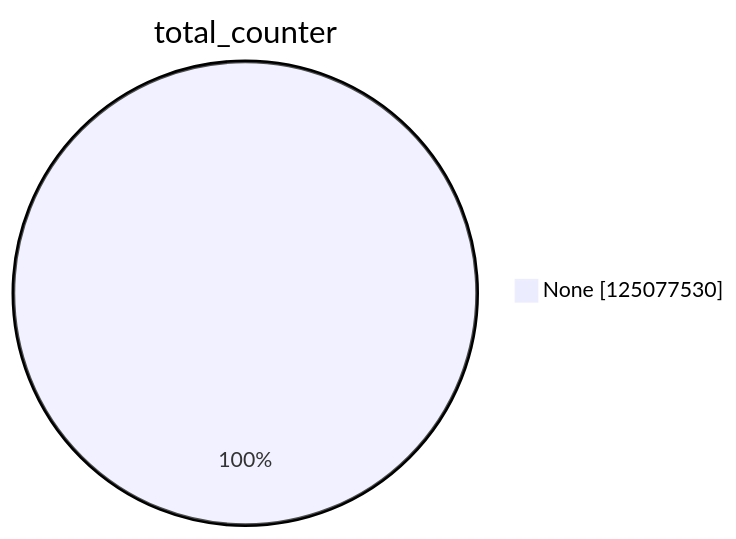
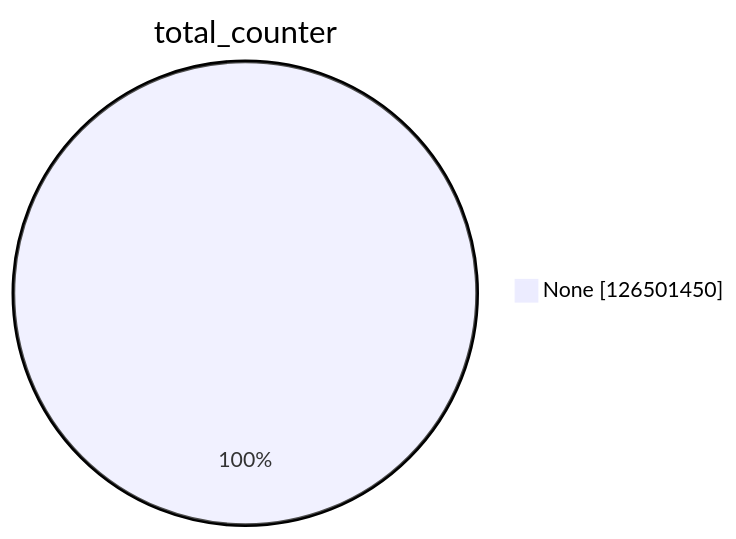
One commit to christiankrug/ctmonitor_visualization changed the first of 15 diagrams in xenon2023/README.md. Above: the diagram before and after it, drawn with Mermaid. The commit also changed other lines of this file, not shown here.

````diff
--- a/xenon2023/README.md
+++ b/xenon2023/README.md
@@ -1,5 +1,5 @@
 ```mermaid
 pie showData
 title total_counter
-"None" :125077530
+"None" :126501450
 ```
````
